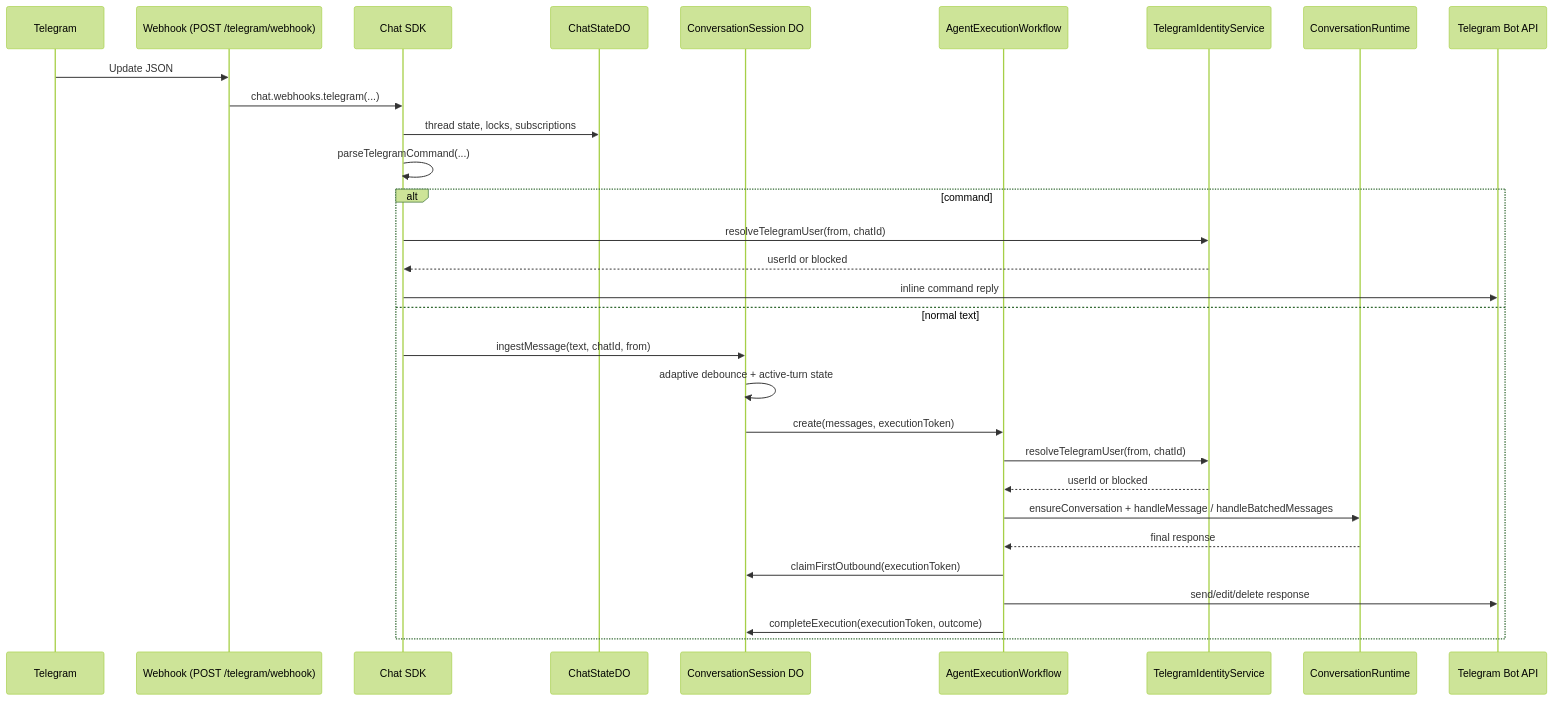
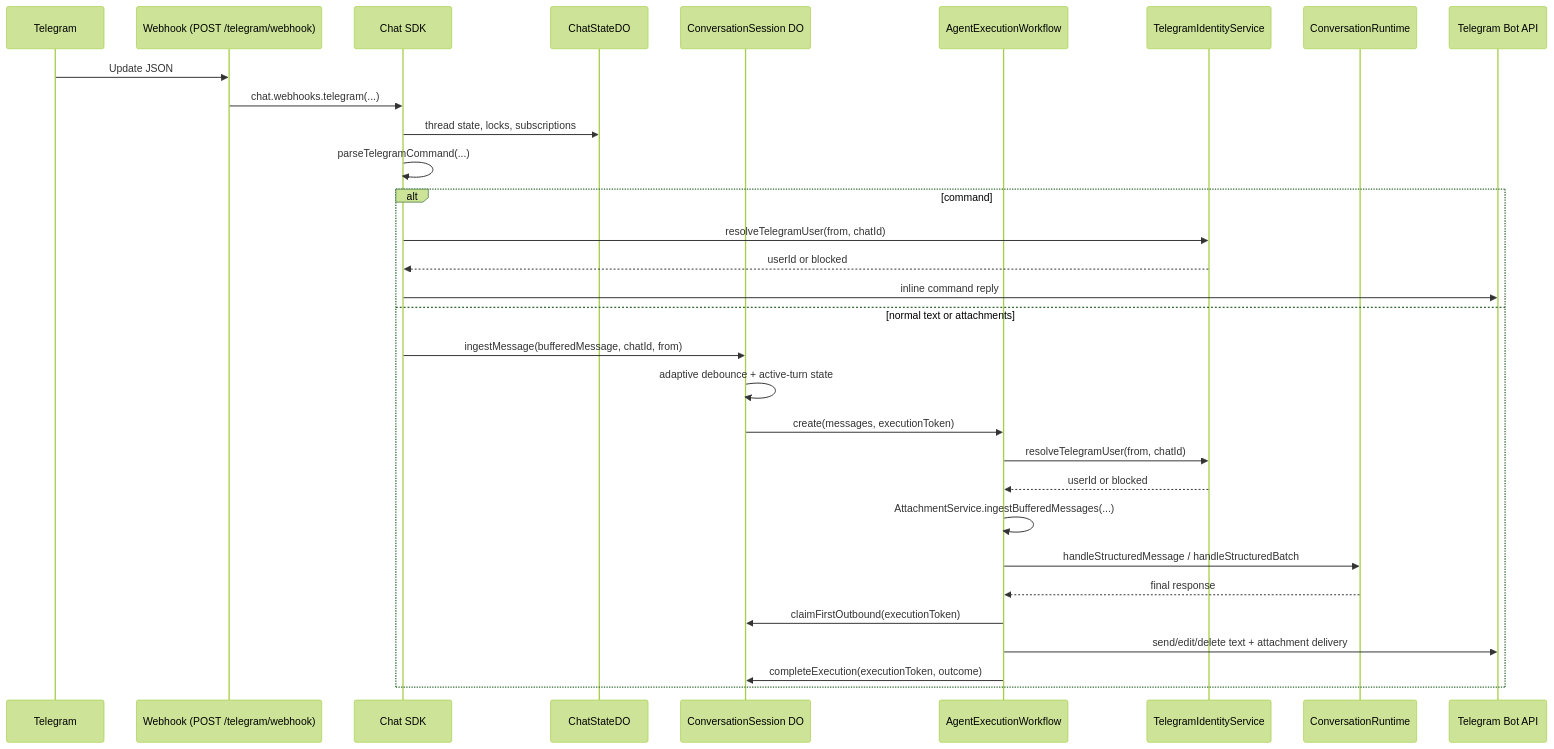
Before and after one commit to punitarani/amby: the first of 2 diagrams in docs/CHANNELS.md, drawn with Mermaid (forest theme). The commit also changed other lines of this file and 6 other files, not shown here.

````diff
--- a/docs/CHANNELS.md
+++ b/docs/CHANNELS.md
@@ -17,33 +17,34 @@
 ```mermaid
 sequenceDiagram
     participant TG as Telegram
     participant WH as Webhook (POST /telegram/webhook)
     participant SDK as Chat SDK
     participant State as ChatStateDO
     participant Sess as ConversationSession DO
     participant WF as AgentExecutionWorkflow
     participant Auth as TelegramIdentityService
     participant Agent as ConversationRuntime
     participant API as Telegram Bot API
 
     TG->>WH: Update JSON
     WH->>SDK: chat.webhooks.telegram(...)
     SDK->>State: thread state, locks, subscriptions
     SDK->>SDK: parseTelegramCommand(...)
     alt command
         SDK->>Auth: resolveTelegramUser(from, chatId)
         Auth-->>SDK: userId or blocked
         SDK->>API: inline command reply
-    else normal text
-        SDK->>Sess: ingestMessage(text, chatId, from)
+    else normal text or attachments
+        SDK->>Sess: ingestMessage(bufferedMessage, chatId, from)
         Sess->>Sess: adaptive debounce + active-turn state
         Sess->>WF: create(messages, executionToken)
         WF->>Auth: resolveTelegramUser(from, chatId)
         Auth-->>WF: userId or blocked
-        WF->>Agent: ensureConversation + handleMessage / handleBatchedMessages
+        WF->>WF: AttachmentService.ingestBufferedMessages(...)
+        WF->>Agent: handleStructuredMessage / handleStructuredBatch
         Agent-->>WF: final response
         WF->>Sess: claimFirstOutbound(executionToken)
-        WF->>API: send/edit/delete response
+        WF->>API: send/edit/delete text + attachment delivery
         WF->>Sess: completeExecution(executionToken, outcome)
     end
 ```
````
